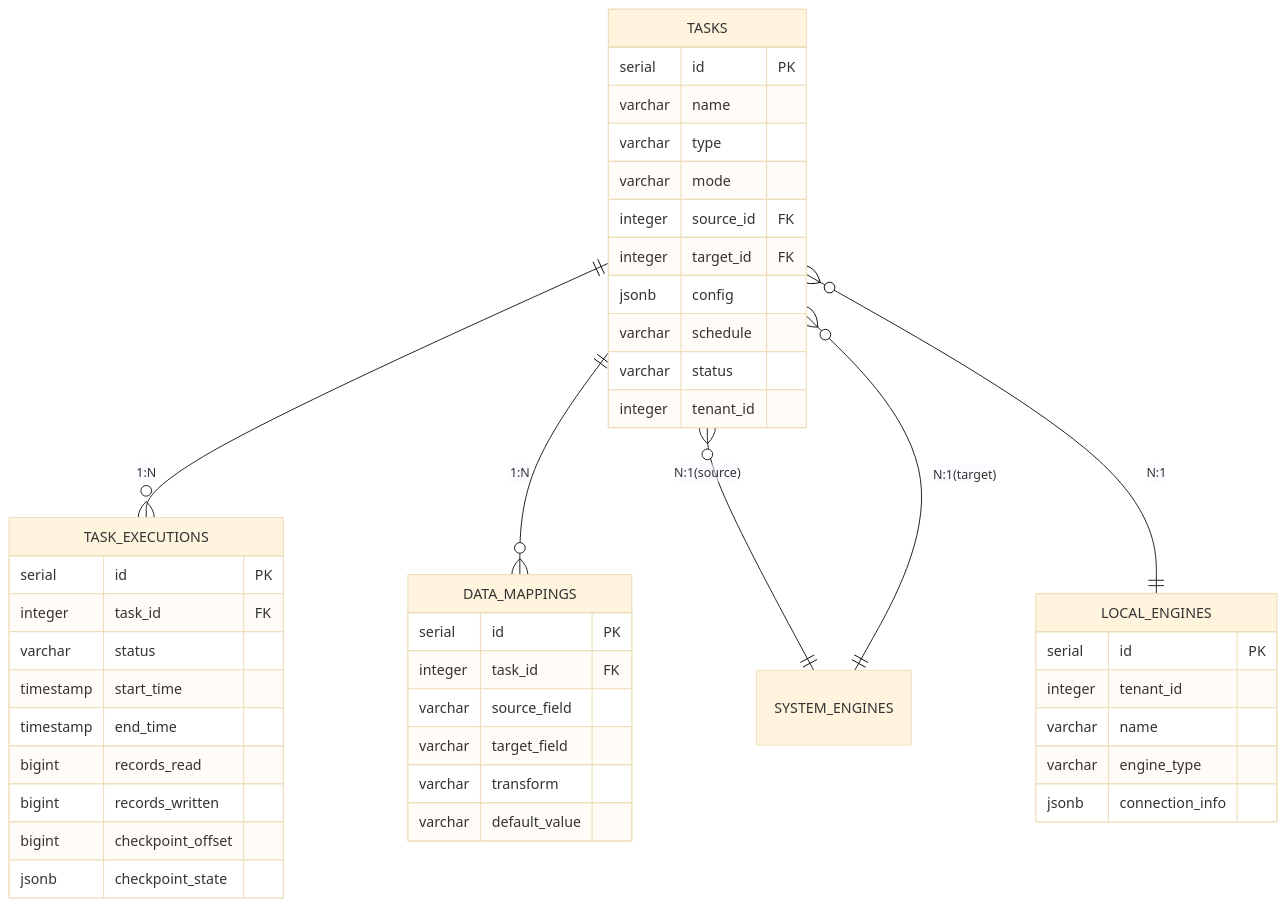
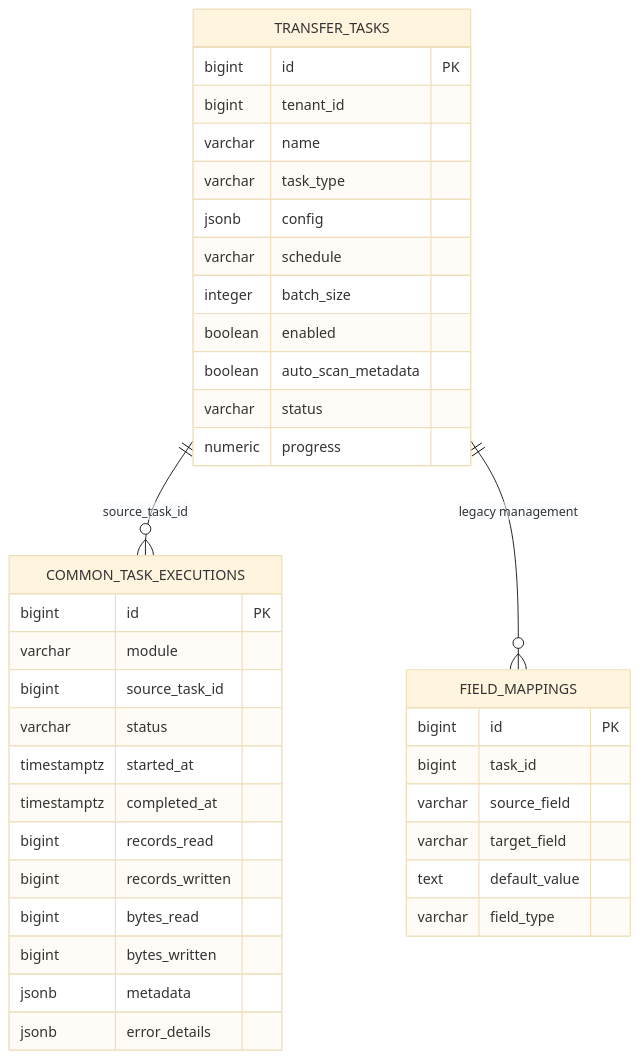
The diagram in transfer/docs/数据库架构.md (pampa0629/addp), drawn with Mermaid (base theme) before and after one commit. The commit also changed other lines of this file and 48 other files, not shown here.

````diff
--- a/transfer/docs/数据库架构.md
+++ b/transfer/docs/数据库架构.md
@@ -31,50 +20,40 @@
 ```mermaid
 erDiagram
-    TASKS ||--o{ TASK_EXECUTIONS : "1:N"
-    TASKS ||--o{ DATA_MAPPINGS : "1:N"
-    TASKS }o--|| SYSTEM_ENGINES : "N:1(source)"
-    TASKS }o--|| SYSTEM_ENGINES : "N:1(target)"
-    TASKS }o--|| LOCAL_ENGINES : "N:1"
-    
-    TASKS {
-        serial id PK
+    TRANSFER_TASKS ||--o{ COMMON_TASK_EXECUTIONS : "source_task_id"
+    TRANSFER_TASKS ||--o{ FIELD_MAPPINGS : "legacy management"
+    TRANSFER_TASKS {
+        bigint id PK
+        bigint tenant_id
         varchar name
-        varchar type
-        varchar mode
-        integer source_id FK
-        integer target_id FK
+        varchar task_type
         jsonb config
         varchar schedule
+        integer batch_size
+        boolean enabled
+        boolean auto_scan_metadata
         varchar status
-        integer tenant_id
+        numeric progress
     }
-    
-    TASK_EXECUTIONS {
-        serial id PK
-        integer task_id FK
+    COMMON_TASK_EXECUTIONS {
+        bigint id PK
+        varchar module
+        bigint source_task_id
         varchar status
-        timestamp start_time
-        timestamp end_time
+        timestamptz started_at
+        timestamptz completed_at
         bigint records_read
         bigint records_written
-        bigint checkpoint_offset
-        jsonb checkpoint_state
+        bigint bytes_read
+        bigint bytes_written
+        jsonb metadata
+        jsonb error_details
     }
-    
-    DATA_MAPPINGS {
-        serial id PK
-        integer task_id FK
+    FIELD_MAPPINGS {
+        bigint id PK
+        bigint task_id
         varchar source_field
         varchar target_field
-        varchar transform
-        varchar default_value
-    }
-    
-    LOCAL_ENGINES {
-        serial id PK
-        integer tenant_id
-        varchar name
-        varchar engine_type
-        jsonb connection_info
+        text default_value
+        varchar field_type
     }
 ```
````
